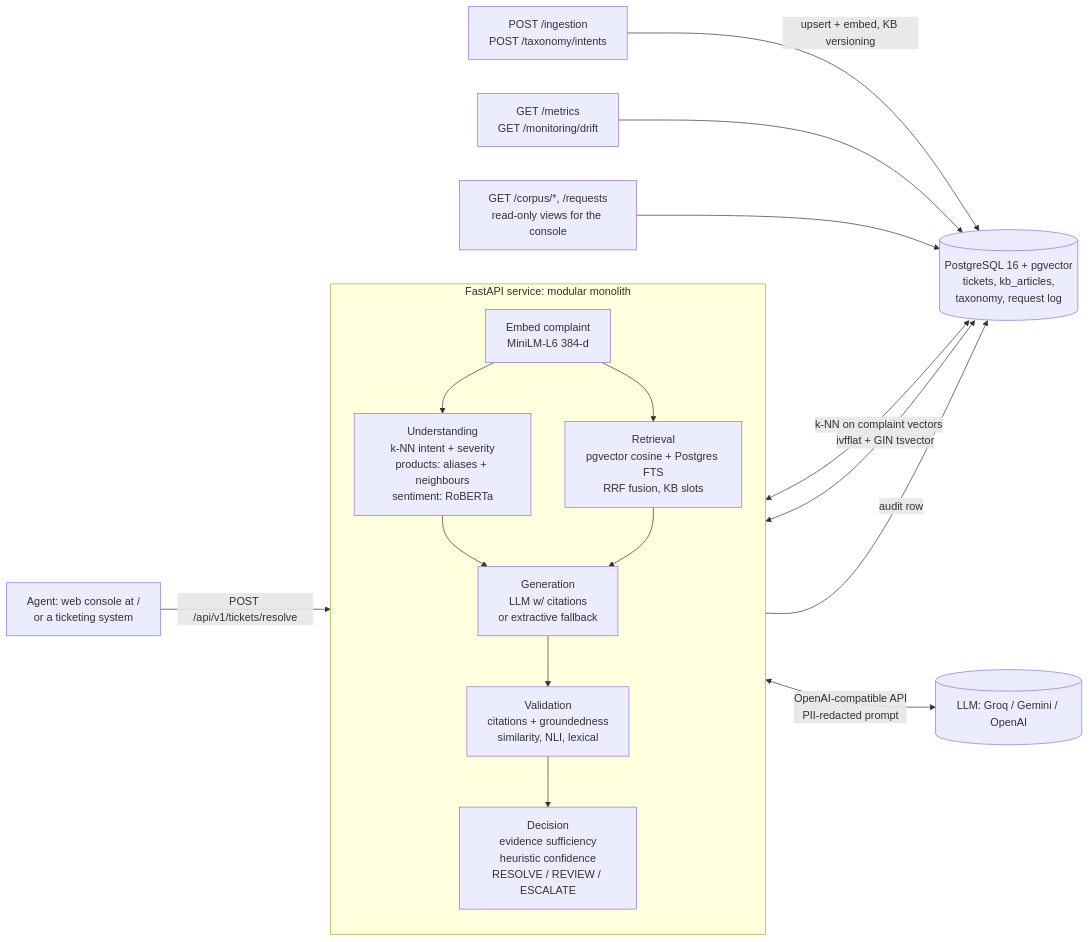
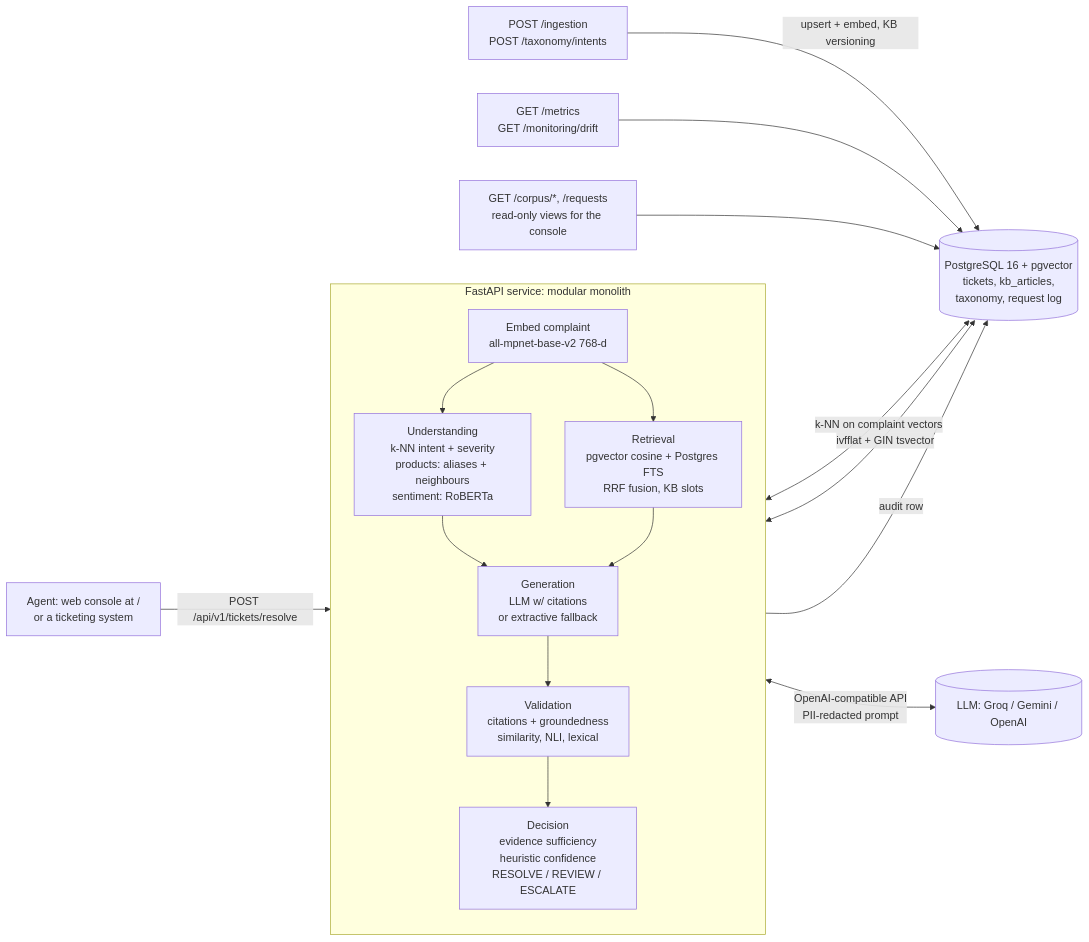
Before and after one commit to munish1303/Prodapt-Support-Ticket-Resolution: the diagram in ARCHITECTURE.md, drawn with Mermaid. The commit also changed other lines of this file and 9 other files, not shown here.

````diff
--- a/ARCHITECTURE.md
+++ b/ARCHITECTURE.md
@@ -23,23 +23,23 @@
 ```mermaid
 flowchart LR
     A[Agent: web console at /<br/>or a ticketing system] -->|POST /api/v1/tickets/resolve| API[FastAPI service]
 
     subgraph API[FastAPI service: modular monolith]
         direction TB
-        E[Embed complaint<br/>MiniLM-L6 384-d] --> U & R
+        E[Embed complaint<br/>all-mpnet-base-v2 768-d] --> U & R
         U[Understanding<br/>k-NN intent + severity<br/>products: aliases + neighbours<br/>sentiment: RoBERTa]
         R[Retrieval<br/>pgvector cosine + Postgres FTS<br/>RRF fusion, KB slots]
         U --> G
         R --> G[Generation<br/>LLM w/ citations<br/>or extractive fallback]
         G --> V[Validation<br/>citations + groundedness<br/>similarity, NLI, lexical]
         V --> D[Decision<br/>evidence sufficiency<br/>heuristic confidence<br/>RESOLVE / REVIEW / ESCALATE]
     end
 
     U <-->|k-NN on complaint vectors| PG[(PostgreSQL 16 + pgvector<br/>tickets, kb_articles,<br/>taxonomy, request log)]
     R <-->|ivfflat + GIN tsvector| PG
     G <-->|OpenAI-compatible API<br/>PII-redacted prompt| LLM[(LLM: Groq / Gemini / OpenAI)]
     D -->|audit row| PG
     ING[POST /ingestion<br/>POST /taxonomy/intents] -->|upsert + embed, KB versioning| PG
     MON[GET /metrics<br/>GET /monitoring/drift] --> PG
     KBV[GET /corpus/*, /requests<br/>read-only views for the console] --> PG
 ```
````
